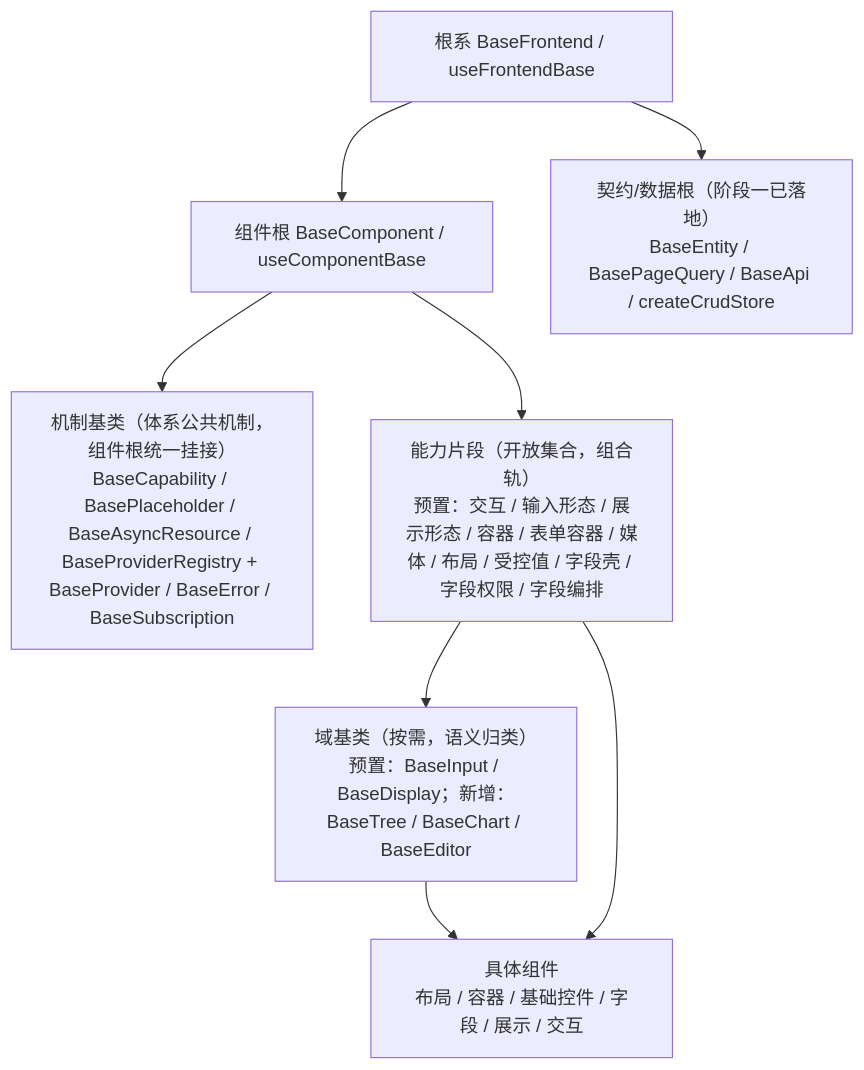
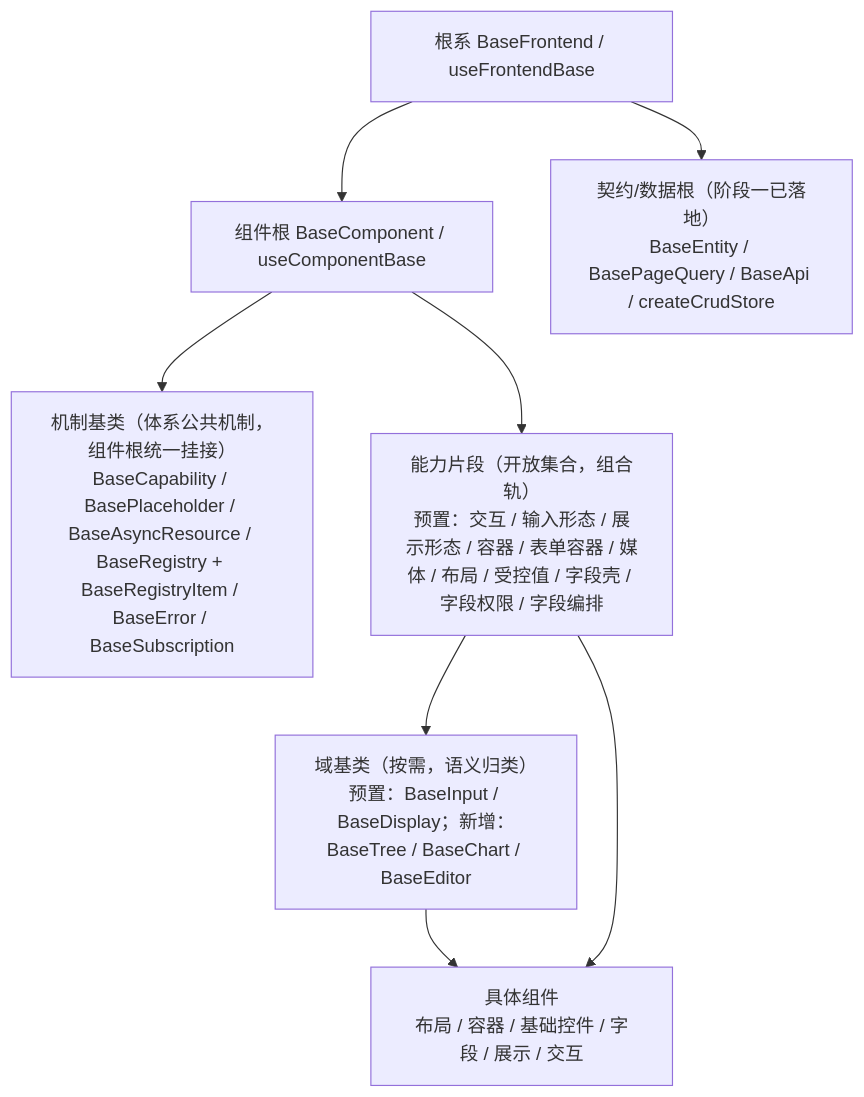
Before and after one commit to minjian123/basic-management-system: the diagram in bms文档/设计/架构设计/05_架构设计_前端组件体系.md, drawn with Mermaid. The commit also changed 22 other files, not shown here.

````diff
--- a/bms文档/设计/架构设计/05_架构设计_前端组件体系.md
+++ b/bms文档/设计/架构设计/05_架构设计_前端组件体系.md
@@ -28,17 +28,17 @@
 ```mermaid
 flowchart TD
     ROOT["根系 BaseFrontend / useFrontendBase"]
     COMP["组件根 BaseComponent / useComponentBase"]
     DATA["契约/数据根（阶段一已落地）<br/>BaseEntity / BasePageQuery / BaseApi / createCrudStore"]
-    MECH["机制基类（体系公共机制，组件根统一挂接）<br/>BaseCapability / BasePlaceholder / BaseAsyncResource / BaseProviderRegistry + BaseProvider / BaseError / BaseSubscription"]
+    MECH["机制基类（体系公共机制，组件根统一挂接）<br/>BaseCapability / BasePlaceholder / BaseAsyncResource / BaseRegistry + BaseRegistryItem / BaseError / BaseSubscription"]
     CAP["能力片段（开放集合，组合轨）<br/>预置：交互 / 输入形态 / 展示形态 / 容器 / 表单容器 / 媒体 / 布局 / 受控值 / 字段壳 / 字段权限 / 字段编排"]
     DOM["域基类（按需，语义归类）<br/>预置：BaseInput / BaseDisplay；新增：BaseTree / BaseChart / BaseEditor"]
     C["具体组件<br/>布局 / 容器 / 基础控件 / 字段 / 展示 / 交互"]
     ROOT --> DATA
     ROOT --> COMP
     COMP --> MECH
     COMP --> CAP
     CAP --> DOM
     DOM --> C
     CAP --> C
 ```
````
